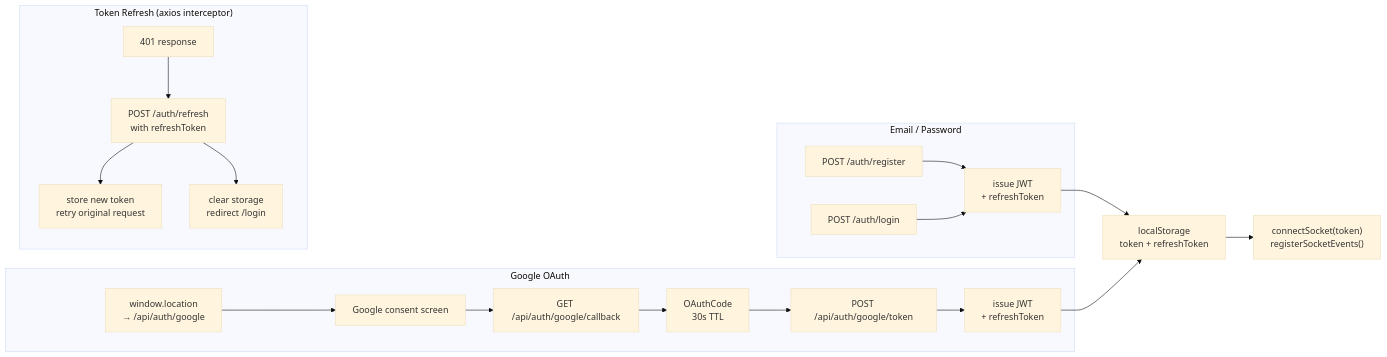
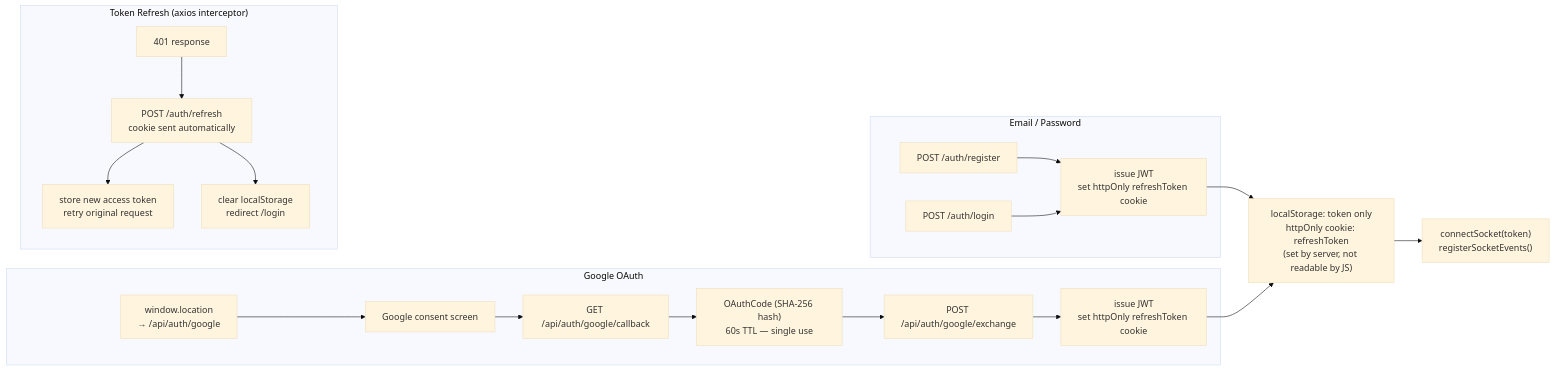
One commit to JustinBurrell/continuum changed the third of 5 diagrams in docs/backend/system-design.md. Above: the diagram before and after it, drawn with Mermaid (base theme). The commit also changed other lines of this file and 2 other files, not shown here.

Commit message:
docs: phase C — update system design and schema diagram for production stack

````diff
--- a/docs/backend/system-design.md
+++ b/docs/backend/system-design.md
@@ -135,25 +135,25 @@
 ```mermaid
 flowchart LR
     subgraph EMAIL["Email / Password"]
-        REG["POST /auth/register"] --> JWT1["issue JWT\n+ refreshToken"]
+        REG["POST /auth/register"] --> JWT1["issue JWT\nset httpOnly refreshToken cookie"]
         LOGIN["POST /auth/login"] --> JWT1
     end
 
     subgraph GOOGLE["Google OAuth"]
         REDIRECT["window.location\n→ /api/auth/google"] --> CONSENT["Google consent screen"]
         CONSENT --> CALLBACK["GET /api/auth/google/callback"]
-        CALLBACK --> CODE["OAuthCode\n30s TTL"]
-        CODE --> TOKEN["POST /api/auth/google/token"]
-        TOKEN --> JWT2["issue JWT\n+ refreshToken"]
+        CALLBACK --> CODE["OAuthCode (SHA-256 hash)\n60s TTL — single use"]
+        CODE --> TOKEN["POST /api/auth/google/exchange"]
+        TOKEN --> JWT2["issue JWT\nset httpOnly refreshToken cookie"]
     end
 
-    JWT1 --> STORE["localStorage\ntoken + refreshToken"]
+    JWT1 --> STORE["localStorage: token only\nhttpOnly cookie: refreshToken\n(set by server, not readable by JS)"]
     JWT2 --> STORE
     STORE --> CONNECT["connectSocket(token)\nregisterSocketEvents()"]
 
     subgraph REFRESH["Token Refresh (axios interceptor)"]
-        R401["401 response"] --> TRY["POST /auth/refresh\nwith refreshToken"]
-        TRY --> SUCCESS["store new token\nretry original request"]
-        TRY --> FAIL["clear storage\nredirect /login"]
+        R401["401 response"] --> TRY["POST /auth/refresh\ncookie sent automatically"]
+        TRY --> SUCCESS["store new access token\nretry original request"]
+        TRY --> FAIL["clear localStorage\nredirect /login"]
     end
 ```
````
